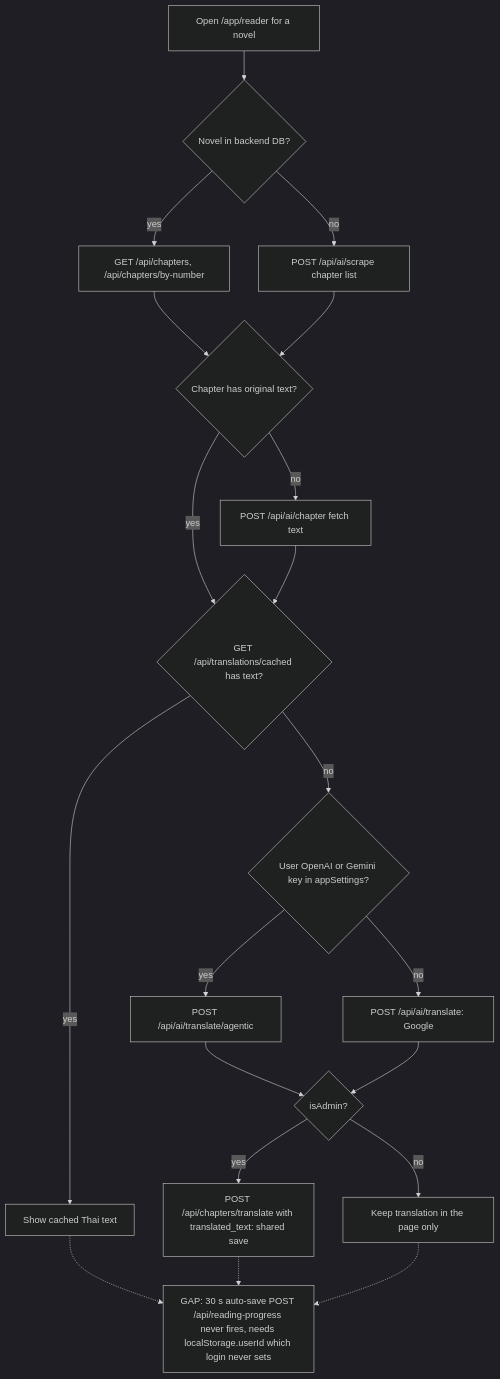
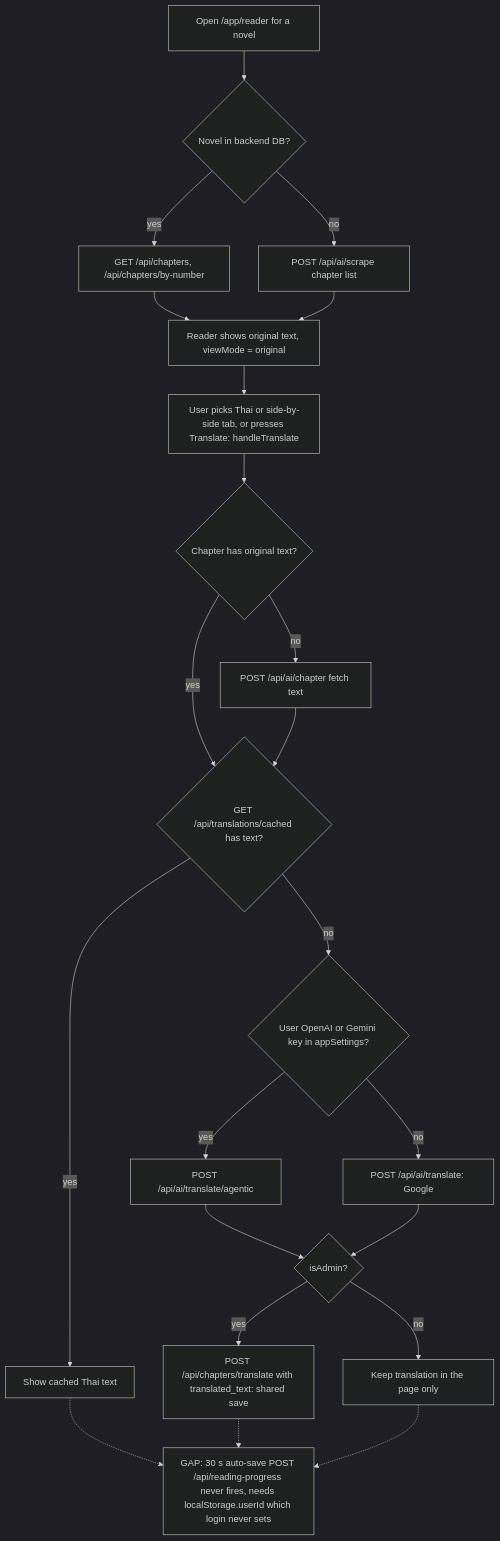
Before and after one commit to bookchaowalit-website/content-bookreading: the second of 3 diagrams in docs/diagrams/03-user-flows.md, drawn with Mermaid (dark theme). The commit also changed other lines of this file and 2 other files, not shown here.

Commit message:
docs: translation is user-triggered, offline save and retry backoff are gaps
Codex review: reader opens in original view and translates only on user action;
nothing calls offlineStorage.saveChapter; failed update checks retry every hourly tick.

````diff
--- a/docs/diagrams/03-user-flows.md
+++ b/docs/diagrams/03-user-flows.md
@@ -41,22 +41,24 @@
 ```mermaid
 flowchart TD
     A["Open /app/reader for a novel"] --> B{"Novel in backend DB?"}
     B -->|yes| C["GET /api/chapters, /api/chapters/by-number"]
     B -->|no| D["POST /api/ai/scrape chapter list"]
-    C --> E{"Chapter has original text?"}
-    D --> E
+    C --> V0["Reader shows original text, viewMode = original"]
+    D --> V0
+    V0 --> V1["User picks Thai or side-by-side tab, or presses Translate: handleTranslate"]
+    V1 --> E{"Chapter has original text?"}
     E -->|no| F["POST /api/ai/chapter fetch text"]
     E -->|yes| G{"GET /api/translations/cached has text?"}
     F --> G
     G -->|yes| H["Show cached Thai text"]
     G -->|no| Q{"User OpenAI or Gemini key in appSettings?"}
     Q -->|yes| I["POST /api/ai/translate/agentic"]
     Q -->|no| J["POST /api/ai/translate: Google"]
     I --> K{"isAdmin?"}
     J --> K
     K -->|yes| L["POST /api/chapters/translate with translated_text: shared save"]
     K -->|no| M["Keep translation in the page only"]
     H -.-> N["GAP: 30 s auto-save POST /api/reading-progress never fires, needs localStorage.userId which login never sets"]
     L -.-> N
     M -.-> N
 ```
````
